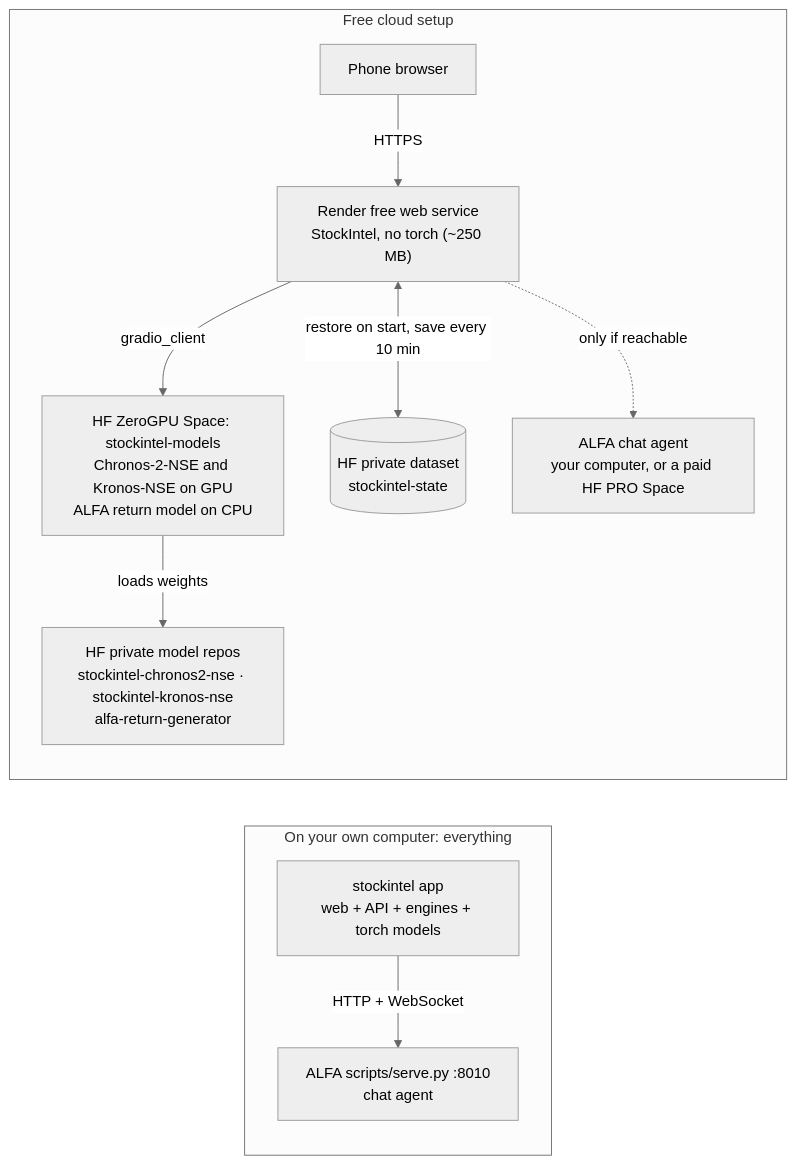
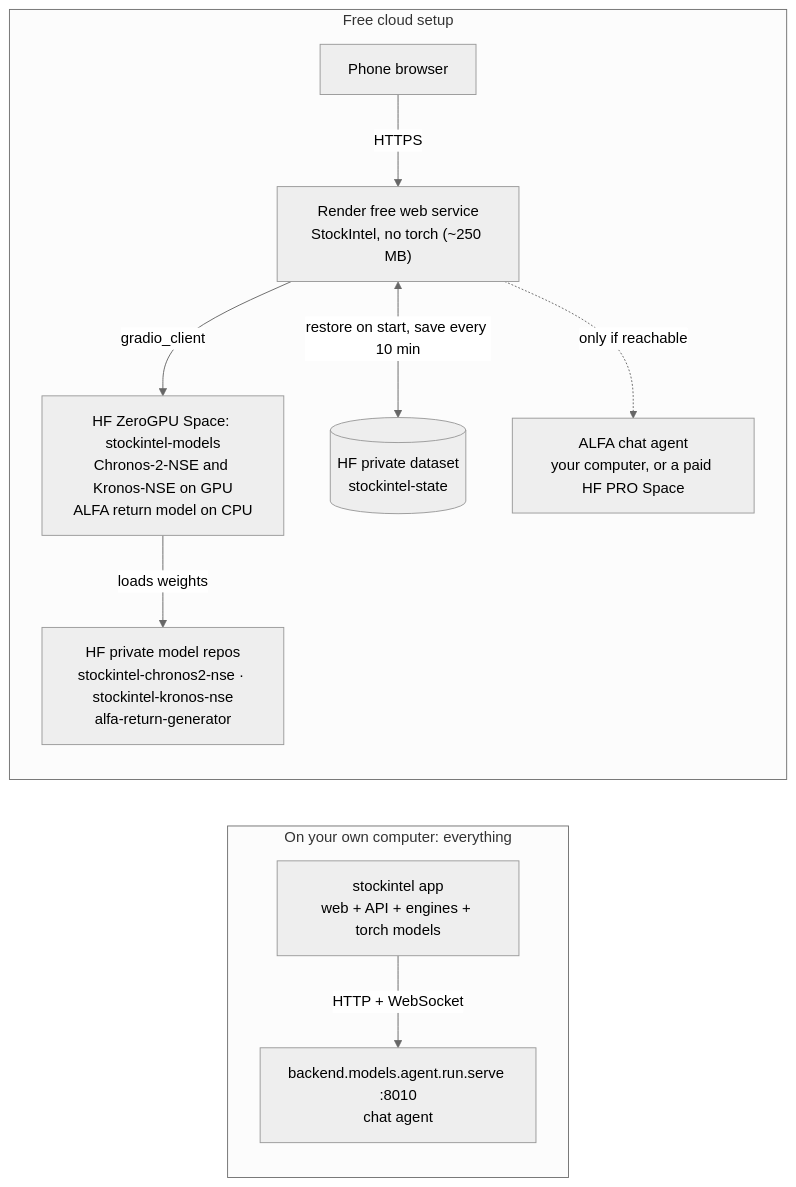
Before and after one commit to Kapurrrishabh/ALFA-Adaptive-Learning-Framework-for-Agents: the first of 4 diagrams in docs/ARCHITECTURE.md, drawn with Mermaid (neutral theme). The commit also changed other lines of this file and 27 other files, not shown here.

````diff
--- a/docs/ARCHITECTURE.md
+++ b/docs/ARCHITECTURE.md
@@ -18,15 +18,15 @@
 ```mermaid
 flowchart LR
   subgraph L["On your own computer: everything"]
     L1["stockintel app<br/>web + API + engines + torch models"]
-    L2["ALFA scripts/serve.py :8010<br/>chat agent"]
+    L2["backend.models.agent.run.serve :8010<br/>chat agent"]
     L1 -- "HTTP + WebSocket" --> L2
   end
   subgraph R["Free cloud setup"]
     PH["Phone browser"] -- HTTPS --> RD["Render free web service<br/>StockIntel, no torch (~250 MB)"]
     RD -- "gradio_client" --> SP["HF ZeroGPU Space: stockintel-models<br/>Chronos-2-NSE and Kronos-NSE on GPU<br/>ALFA return model on CPU"]
     SP -- "loads weights" --> MR["HF private model repos<br/>stockintel-chronos2-nse · stockintel-kronos-nse<br/>alfa-return-generator"]
     RD <-- "restore on start, save every 10 min" --> DS[("HF private dataset<br/>stockintel-state")]
     RD -. "only if reachable" .-> AG["ALFA chat agent<br/>your computer, or a paid HF PRO Space"]
   end
 ```
````
